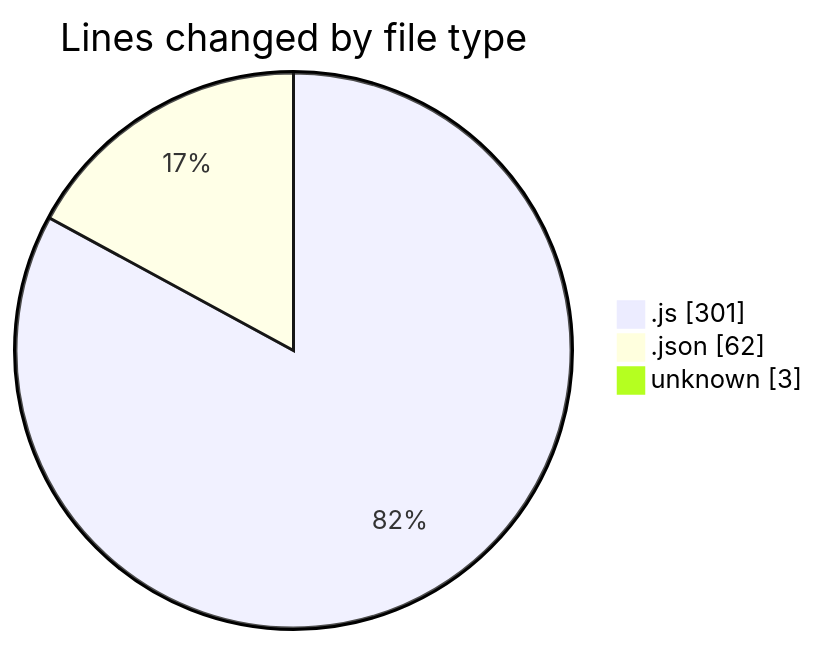
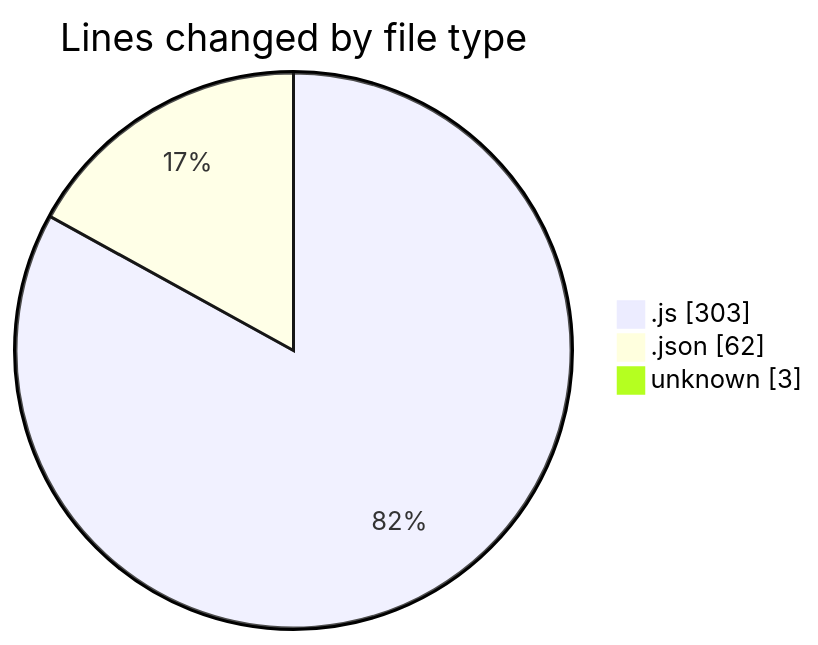
The first of 2 diagrams in 2025-07-02/mern-thinkboard/README.md (Ritupan-Deka/code-tracking), drawn with Mermaid before and after one commit. The commit also changed other lines of this file and 1 other file, not shown here.

````diff
--- a/2025-07-02/mern-thinkboard/README.md
+++ b/2025-07-02/mern-thinkboard/README.md
@@ -28,7 +28,7 @@
 ```mermaid
 pie showData
 title Lines changed by file type
-".js" : 301
+".js" : 303
 ".json" : 62
 "unknown" : 3
 ```
````
